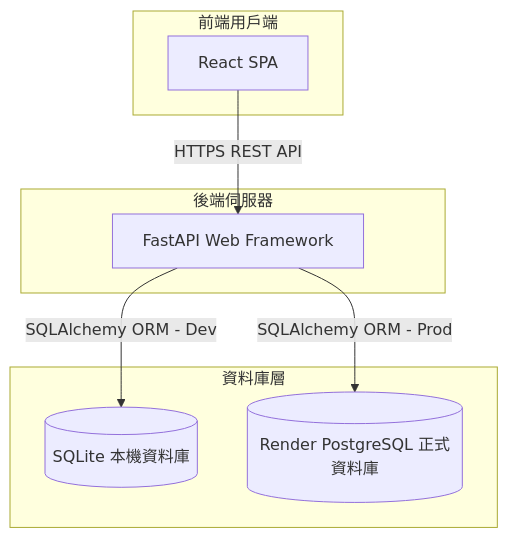
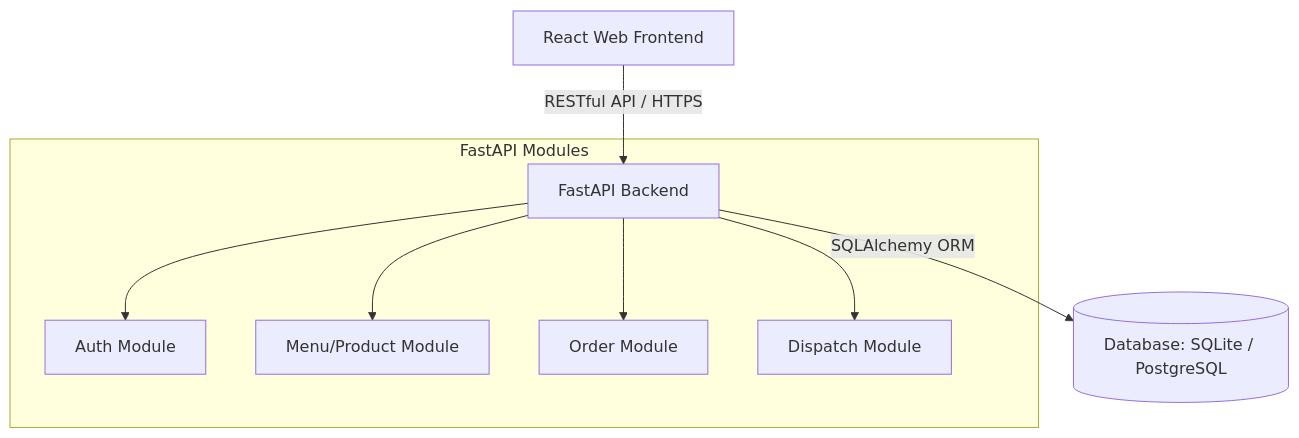
Before and after one commit to poyi0421/delivery: the first of 2 diagrams in doc/architecture.md, drawn with Mermaid. The commit also changed other lines of this file and 25 other files, not shown here.

````diff
--- a/doc/architecture.md
+++ b/doc/architecture.md
@@ -6,19 +6,12 @@
 ```mermaid
 graph TD
-    subgraph Client [前端用戶端]
-        ReactApp[React SPA]
+    Client[React Web Frontend] -->|RESTful API / HTTPS| API[FastAPI Backend]
+    API -->|SQLAlchemy ORM| DB[(Database: SQLite / PostgreSQL)]
+    
+    subgraph FastAPI Modules
+        API --> Auth[Auth Module]
+        API --> Menu[Menu/Product Module]
+        API --> Order[Order Module]
+        API --> Dispatch[Dispatch Module]
     end
-
-    subgraph Server [後端伺服器]
-        FastAPI[FastAPI Web Framework]
-    end
-
-    subgraph Database [資料庫層]
-        SQLite[(SQLite 本機資料庫)]
-        PostgreSQL[(Render PostgreSQL 正式資料庫)]
-    end
-
-    ReactApp -->|HTTPS REST API| FastAPI
-    FastAPI -->|SQLAlchemy ORM - Dev| SQLite
-    FastAPI -->|SQLAlchemy ORM - Prod| PostgreSQL
 ```
````
